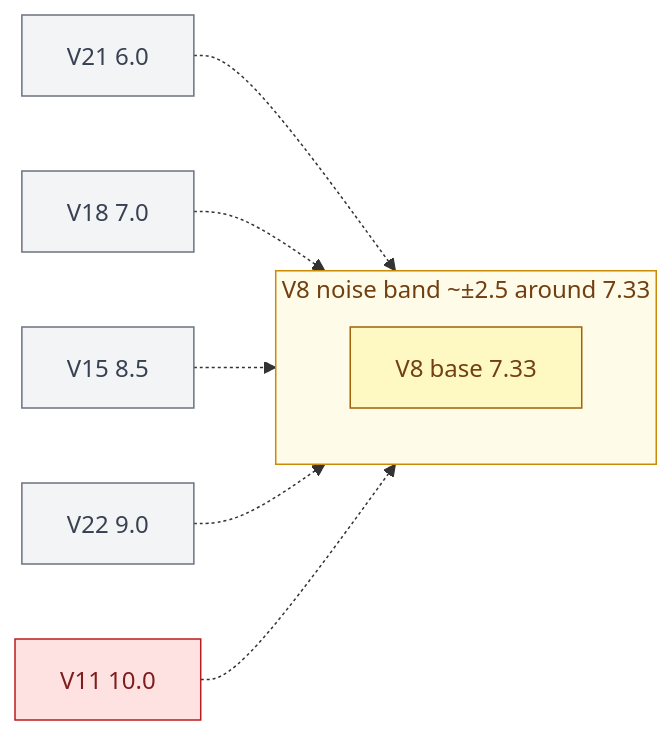
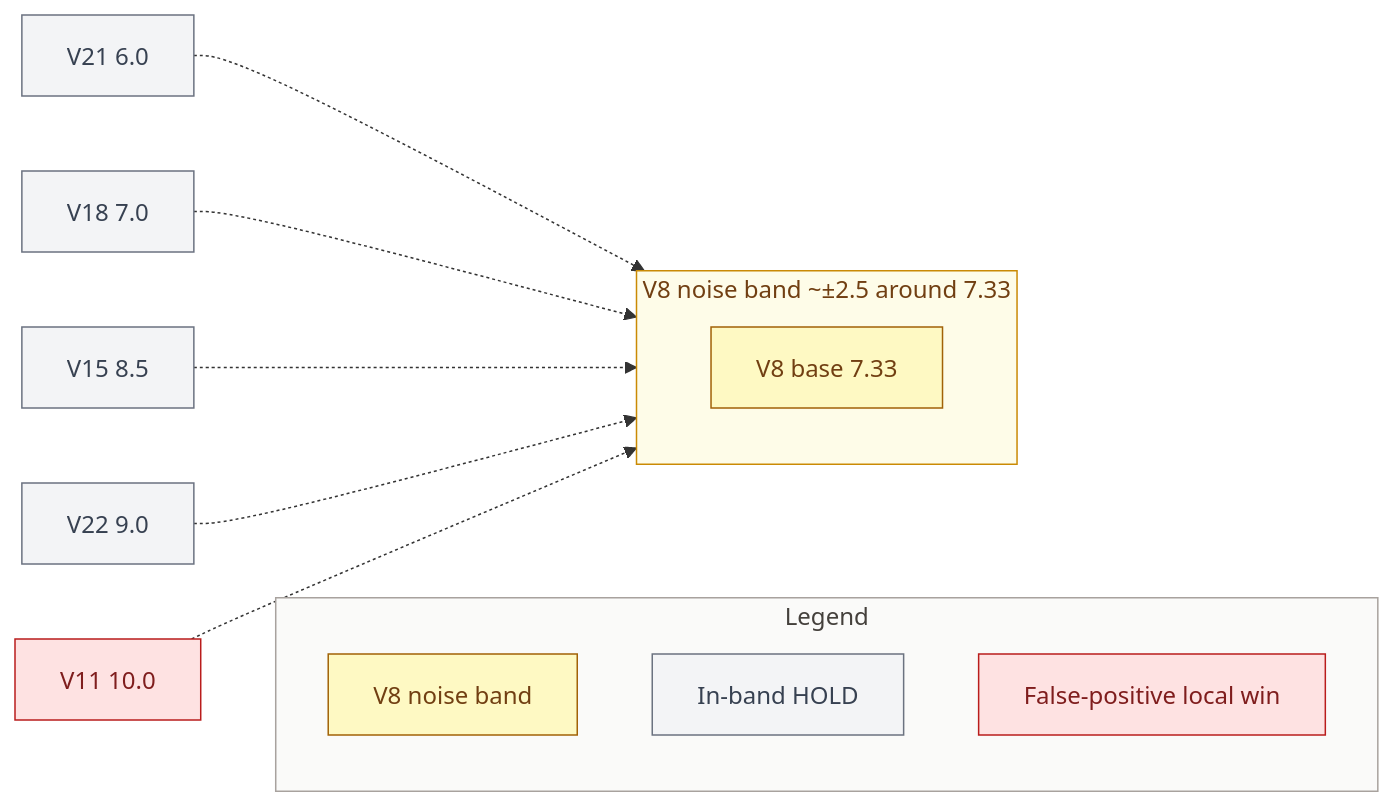
The fifth of 7 diagrams in docs/wiki/Architecture.md (khaosans/noisegate-gemma4-factory), drawn with Mermaid before and after one commit. The commit also changed other lines of this file and 4 other files, not shown here.

First line of the commit message:
docs: move Mermaid color legends into diagram subgraphs

````diff
--- a/docs/wiki/Architecture.md
+++ b/docs/wiki/Architecture.md
@@ -146,19 +165,28 @@
 ```mermaid
 flowchart LR
   subgraph Band["V8 noise band ~±2.5 around 7.33"]
     V8[V8 base 7.33]
   end
   V21[V21 6.0] -.-> Band
   V18[V18 7.0] -.-> Band
   V15[V15 8.5] -.-> Band
   V22[V22 9.0] -.-> Band
   V11[V11 10.0] -.-> Band
 
+  subgraph Legend["Legend"]
+    direction TB
+    LegN[V8 noise band]
+    LegI[In-band HOLD]
+    LegX[False-positive local win]
+  end
+  V11 ~~~ LegN
+
   classDef noise fill:#FEF9C3,stroke:#A16207,color:#713F12
   classDef inside fill:#F3F4F6,stroke:#6B7280,color:#374151
   classDef falsepos fill:#FEE2E2,stroke:#B91C1C,color:#7F1D1D
-  class V8 noise
-  class V21,V18,V15,V22 inside
-  class V11 falsepos
+  class V8,LegN noise
+  class V21,V18,V15,V22,LegI inside
+  class V11,LegX falsepos
   style Band fill:#FEFCE8,stroke:#CA8A04,color:#713F12
+  style Legend fill:#FAFAF9,stroke:#A8A29E,color:#44403C
 ```
````
